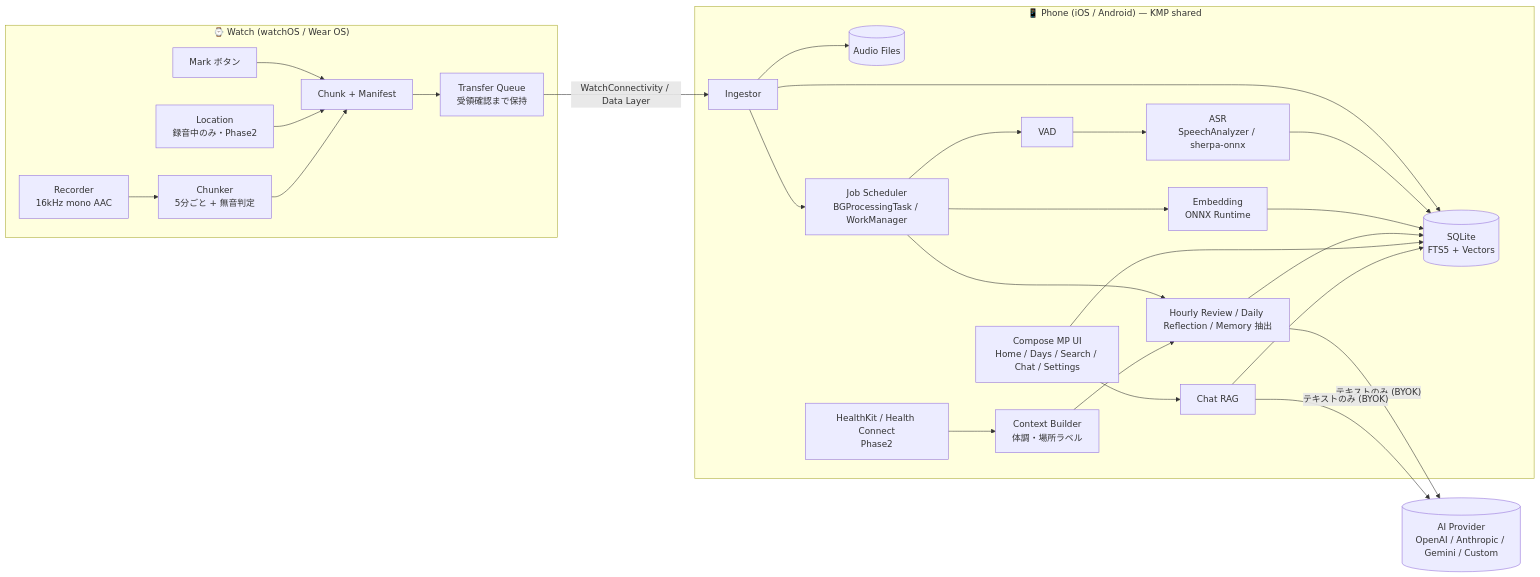
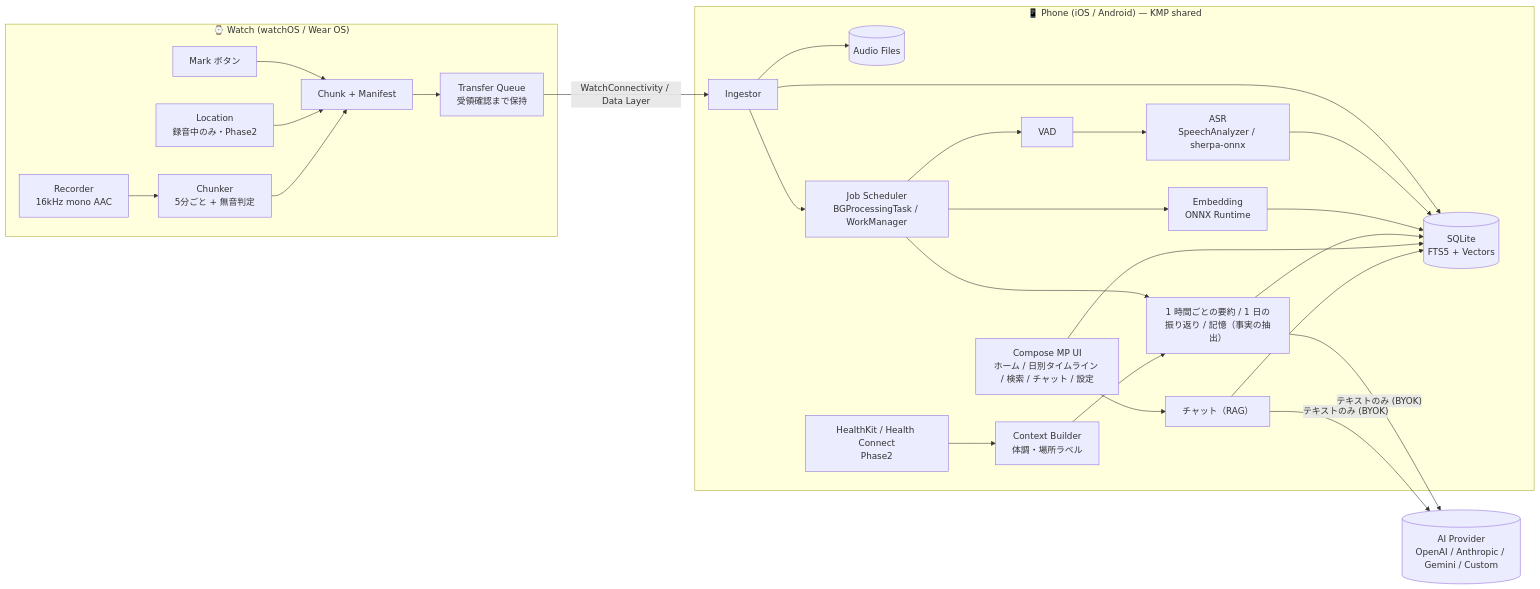
The first of 3 diagrams in docs/02-architecture.md (Soichiro5/watch-audio), drawn with Mermaid before and after one commit. The commit also changed other lines of this file and 3 other files, not shown here.

````diff
--- a/docs/02-architecture.md
+++ b/docs/02-architecture.md
@@ -34,29 +34,29 @@
 ```mermaid
 flowchart LR
   subgraph Watch["⌚ Watch (watchOS / Wear OS)"]
     REC[Recorder<br>16kHz mono AAC] --> SEG[Chunker<br>5分ごと + 無音判定]
     MARK[Mark ボタン] --> MAN
     LOC[Location<br>録音中のみ・Phase2] --> MAN
     SEG --> MAN[Chunk + Manifest]
     MAN --> Q[Transfer Queue<br>受領確認まで保持]
   end
 
   Q -- "WatchConnectivity / Data Layer" --> ING
 
   subgraph Phone["📱 Phone (iOS / Android) — KMP shared"]
     ING[Ingestor] --> AUD[(Audio Files)]
     ING --> DB[(SQLite<br>FTS5 + Vectors)]
     ING --> JOB[Job Scheduler<br>BGProcessingTask / WorkManager]
     JOB --> VAD[VAD] --> ASR[ASR<br>SpeechAnalyzer / sherpa-onnx] --> DB
     JOB --> EMB[Embedding<br>ONNX Runtime] --> DB
-    JOB --> REV[Hourly Review / Daily Reflection / Memory 抽出] --> DB
+    JOB --> REV[1 時間ごとの要約 / 1 日の振り返り / 記憶（事実の抽出）] --> DB
     HEALTH[HealthKit / Health Connect<br>Phase2] --> CTX[Context Builder<br>体調・場所ラベル]
     CTX --> REV
-    UI[Compose MP UI<br>Home / Days / Search / Chat / Settings] --> DB
-    CHAT[Chat RAG] --> DB
+    UI[Compose MP UI<br>ホーム / 日別タイムライン / 検索 / チャット / 設定] --> DB
+    CHAT[チャット（RAG）] --> DB
     UI --> CHAT
   end
 
   REV -- "テキストのみ (BYOK)" --> LLM[(AI Provider<br>OpenAI / Anthropic / Gemini / Custom)]
   CHAT -- "テキストのみ (BYOK)" --> LLM
 ```
````
